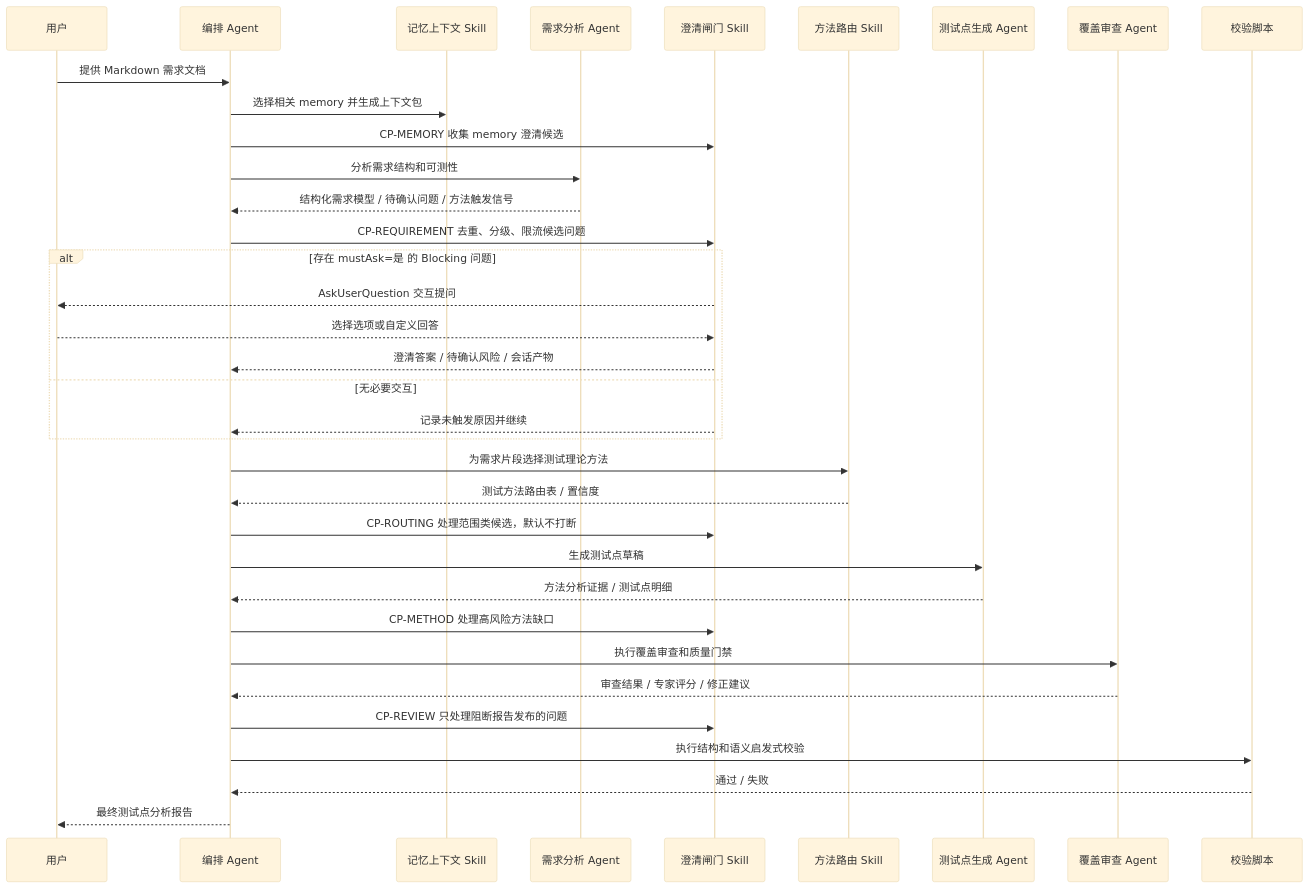
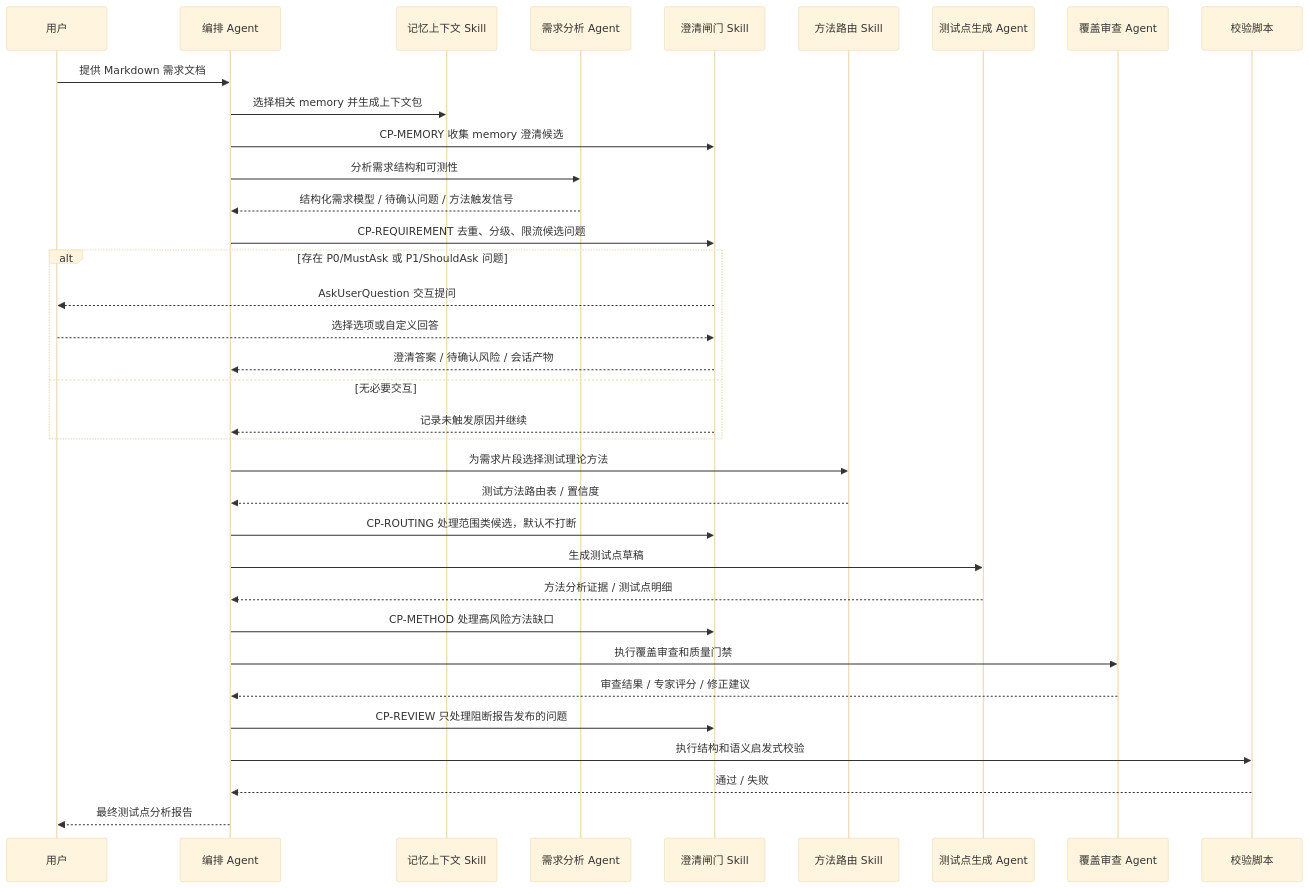
The fourth of 8 diagrams in docs/test-analysis-agent-design.md (szluoqy-byte/Test-Analysis-Agent), drawn with Mermaid (base theme) before and after one commit. The commit also changed other lines of this file and 6 other files, not shown here.

````diff
--- a/docs/test-analysis-agent-design.md
+++ b/docs/test-analysis-agent-design.md
@@ -209,38 +209,38 @@
 ```mermaid
 sequenceDiagram
   participant U as 用户
   participant O as 编排 Agent
   participant M as 记忆上下文 Skill
   participant R as 需求分析 Agent
   participant C as 澄清闸门 Skill
   participant T as 方法路由 Skill
   participant G as 测试点生成 Agent
   participant Q as 覆盖审查 Agent
   participant L as 校验脚本
 
   U->>O: 提供 Markdown 需求文档
   O->>M: 选择相关 memory 并生成上下文包
   O->>C: CP-MEMORY 收集 memory 澄清候选
   O->>R: 分析需求结构和可测性
   R-->>O: 结构化需求模型 / 待确认问题 / 方法触发信号
   O->>C: CP-REQUIREMENT 去重、分级、限流候选问题
-  alt 存在 mustAsk=是 的 Blocking 问题
+  alt 存在 P0/MustAsk 或 P1/ShouldAsk 问题
     C-->>U: AskUserQuestion 交互提问
     U-->>C: 选择选项或自定义回答
     C-->>O: 澄清答案 / 待确认风险 / 会话产物
   else 无必要交互
     C-->>O: 记录未触发原因并继续
   end
   O->>T: 为需求片段选择测试理论方法
   T-->>O: 测试方法路由表 / 置信度
   O->>C: CP-ROUTING 处理范围类候选，默认不打断
   O->>G: 生成测试点草稿
   G-->>O: 方法分析证据 / 测试点明细
   O->>C: CP-METHOD 处理高风险方法缺口
   O->>Q: 执行覆盖审查和质量门禁
   Q-->>O: 审查结果 / 专家评分 / 修正建议
   O->>C: CP-REVIEW 只处理阻断报告发布的问题
   O->>L: 执行结构和语义启发式校验
   L-->>O: 通过 / 失败
   O-->>U: 最终测试点分析报告
 ```
````
